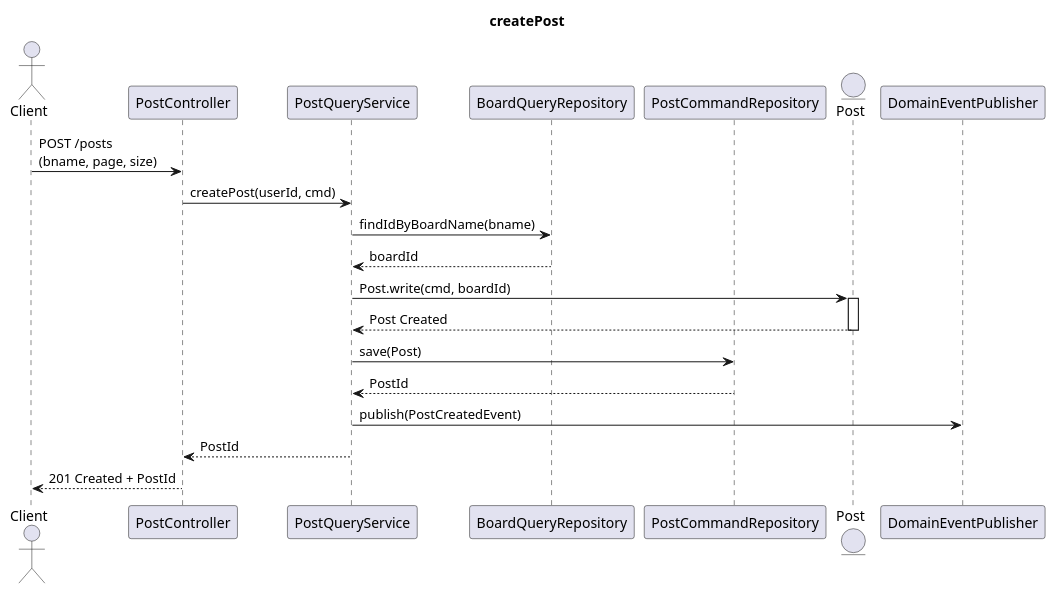
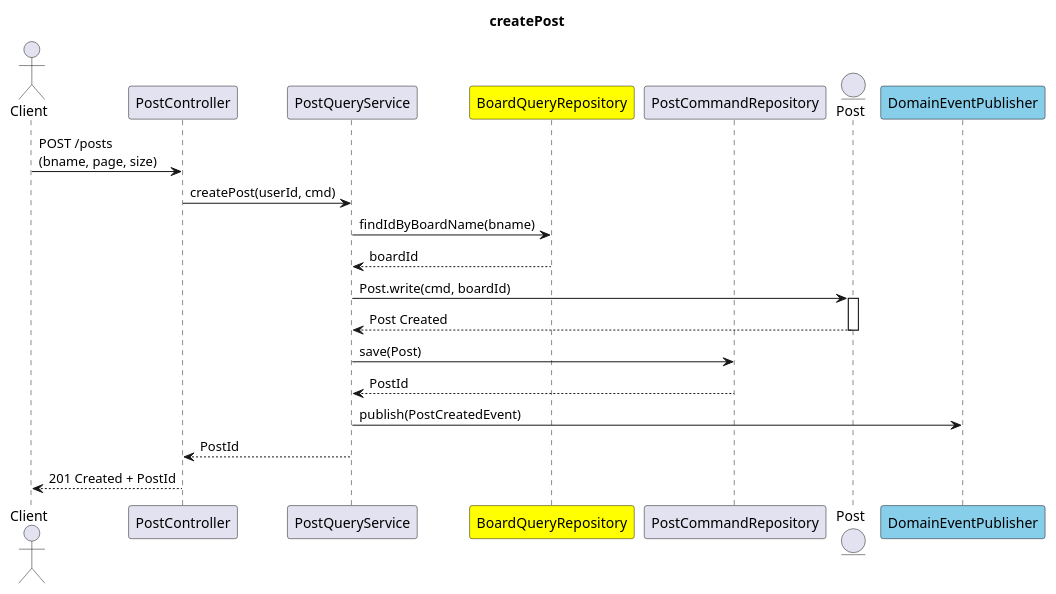
Before and after one commit to SimpleBoardTeam/simpleBoard-server: the diagram in document/puml/event/externalAPI/boardContext/postAggregate/createPost.puml, drawn with PlantUML. The commit also changed 4 other files, not shown here.

Commit message:
fix(diagram): 이벤트 다이어그램 내부에서 Event handling 시퀸스 제거

```diff
--- a/document/puml/event/externalAPI/boardContext/postAggregate/createPost.puml
+++ b/document/puml/event/externalAPI/boardContext/postAggregate/createPost.puml
@@ -1,29 +1,29 @@
 @startuml createPostSeq
 title createPost
 actor Client
 participant PostController
 participant PostQueryService
-participant BoardQueryRepository
+participant BoardQueryRepository #yellow
 participant PostCommandRepository
 entity      Post
-participant DomainEventPublisher
+participant DomainEventPublisher #skyblue
 
 Client -> PostController : POST /posts\n(bname, page, size)
 PostController -> PostQueryService : createPost(userId, cmd)
 
 PostQueryService -> BoardQueryRepository : findIdByBoardName(bname)
 BoardQueryRepository --> PostQueryService : boardId
 
 PostQueryService -> Post : Post.write(cmd, boardId)
 activate Post
 Post --> PostQueryService : Post Created
 deactivate Post
 
 PostQueryService -> PostCommandRepository : save(Post)
 PostCommandRepository --> PostQueryService : PostId
 
 PostQueryService -> DomainEventPublisher : publish(PostCreatedEvent)
 
 PostQueryService --> PostController : PostId
 PostController --> Client :  201 Created + PostId
 @enduml
```
